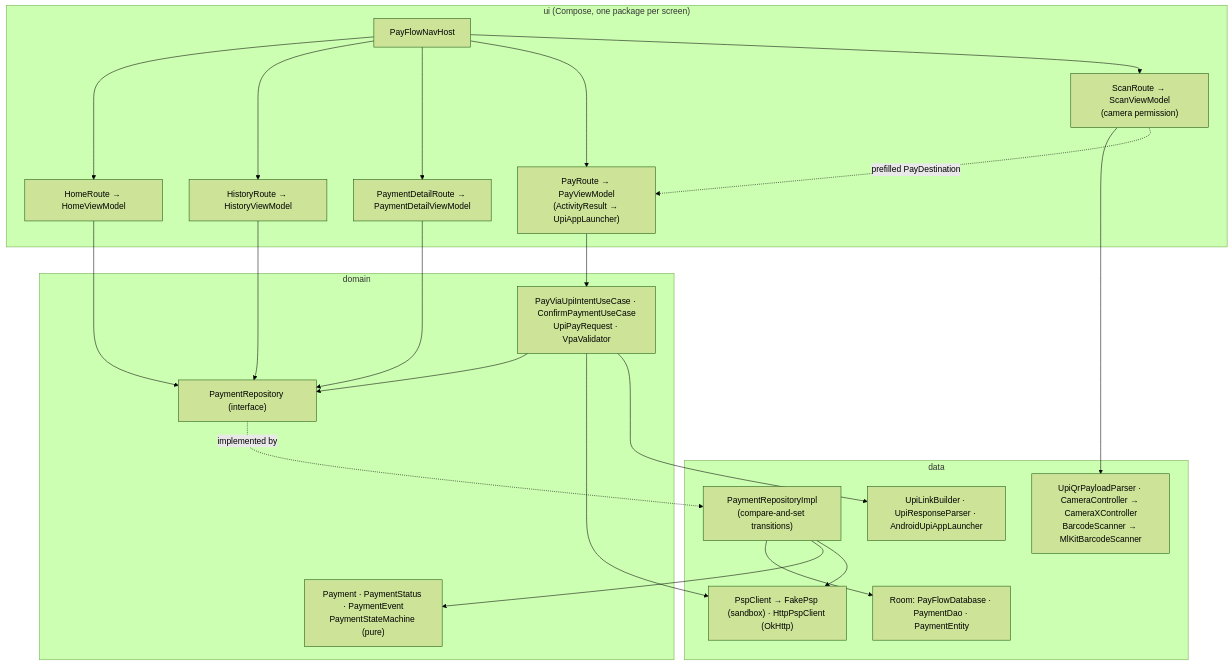
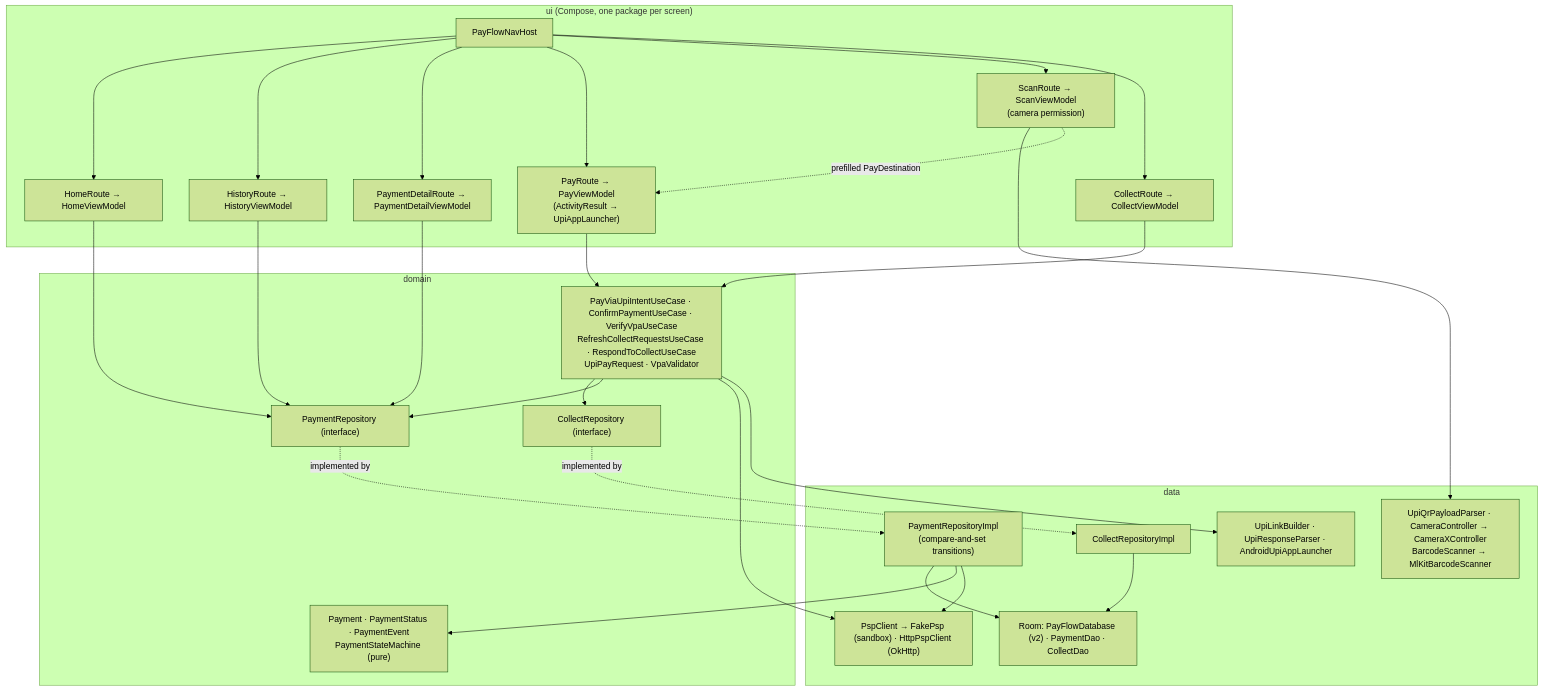
One commit to Darshan-05032003/PayFlow changed the first of 2 diagrams in README.md. Above: the diagram before and after it, drawn with Mermaid (forest theme). The commit also changed other lines of this file and 39 other files, not shown here.

First line of the commit message:
feat(payflow): add VPA verification and collect requests

````diff
--- a/README.md
+++ b/README.md
@@ -48,34 +48,40 @@
 ```mermaid
 flowchart TB
     subgraph ui["ui (Compose, one package per screen)"]
         nav["PayFlowNavHost"]
         home["HomeRoute → HomeViewModel"]
         history["HistoryRoute → HistoryViewModel"]
         detail["PaymentDetailRoute → PaymentDetailViewModel"]
         pay["PayRoute → PayViewModel<br/>(ActivityResult → UpiAppLauncher)"]
         scan["ScanRoute → ScanViewModel<br/>(camera permission)"]
+        collect["CollectRoute → CollectViewModel"]
     end
     subgraph domain["domain"]
         model["Payment · PaymentStatus · PaymentEvent<br/>PaymentStateMachine (pure)"]
         repo["PaymentRepository (interface)"]
-        usecases["PayViaUpiIntentUseCase · ConfirmPaymentUseCase<br/>UpiPayRequest · VpaValidator"]
+        usecases["PayViaUpiIntentUseCase · ConfirmPaymentUseCase · VerifyVpaUseCase<br/>RefreshCollectRequestsUseCase · RespondToCollectUseCase<br/>UpiPayRequest · VpaValidator"]
+        crepo["CollectRepository (interface)"]
     end
     subgraph data["data"]
         repoImpl["PaymentRepositoryImpl<br/>(compare-and-set transitions)"]
-        room["Room: PayFlowDatabase · PaymentDao · PaymentEntity"]
+        room["Room: PayFlowDatabase (v2) · PaymentDao · CollectDao"]
+        crepoImpl["CollectRepositoryImpl"]
         psp["PspClient → FakePsp (sandbox) · HttpPspClient (OkHttp)"]
         upi["UpiLinkBuilder · UpiResponseParser · AndroidUpiAppLauncher"]
         qr["UpiQrPayloadParser · CameraController → CameraXController<br/>BarcodeScanner → MlKitBarcodeScanner"]
     end
-    nav --> home & history & detail & pay & scan
+    nav --> home & history & detail & pay & scan & collect
+    collect --> usecases
+    usecases --> crepo
+    crepo -. implemented by .-> crepoImpl --> room
     scan --> qr
     scan -. prefilled PayDestination .-> pay
     home & history & detail --> repo
     pay --> usecases --> repo
     usecases --> psp
     usecases --> upi
     repo -. implemented by .-> repoImpl
     repoImpl --> room
     repoImpl --> model
     repoImpl --> psp
 ```
````
